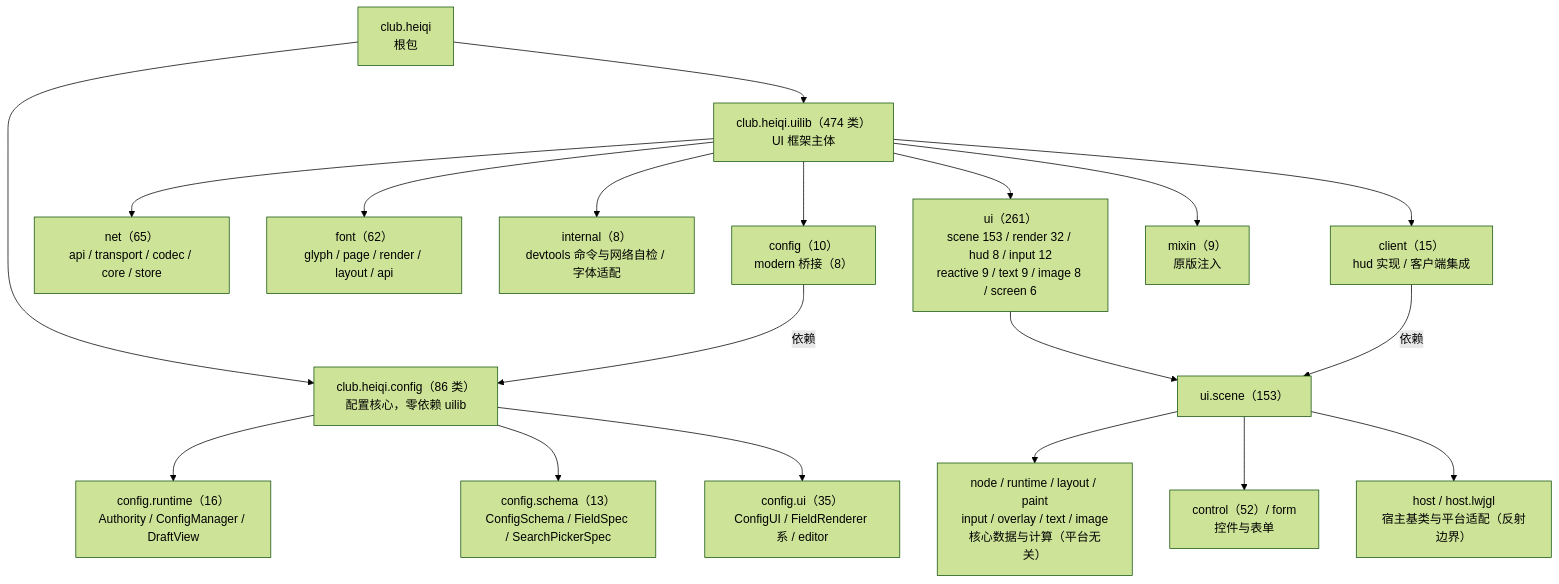
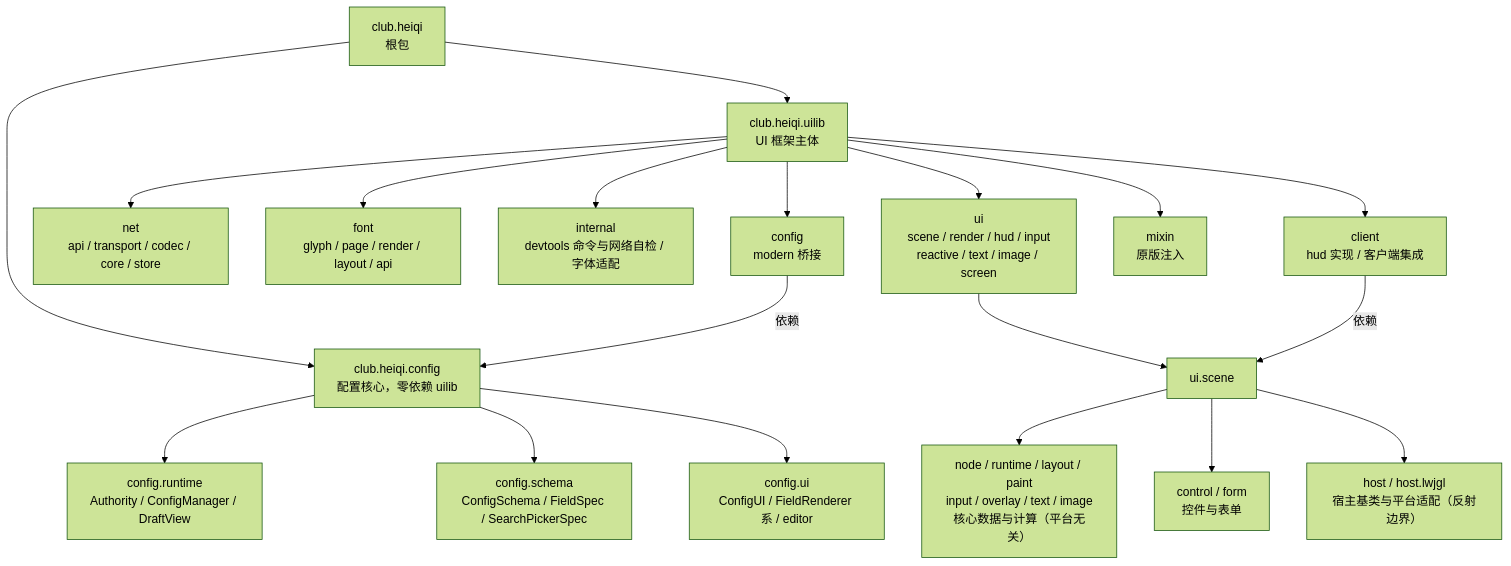
Before and after one commit to QuanhuZeYu/Qz-UILib: the diagram in docs/开发者文档/架构图/00-框架总览.md, drawn with Mermaid (forest theme). The commit also changed other lines of this file and 11 other files, not shown here.

````diff
--- a/docs/开发者文档/架构图/00-框架总览.md
+++ b/docs/开发者文档/架构图/00-框架总览.md
@@ -9,29 +10,29 @@
 ```mermaid
 flowchart TD
   ROOT["club.heiqi<br>根包"]
-  CFG["club.heiqi.config（86 类）<br>配置核心，零依赖 uilib"]
-  UI["club.heiqi.uilib（474 类）<br>UI 框架主体"]
+  CFG["club.heiqi.config<br>配置核心，零依赖 uilib"]
+  UI["club.heiqi.uilib<br>UI 框架主体"]
 
   ROOT --> CFG
   ROOT --> UI
 
-  CFG --> CFG_R["config.runtime（16）<br>Authority / ConfigManager / DraftView"]
-  CFG --> CFG_S["config.schema（13）<br>ConfigSchema / FieldSpec / SearchPickerSpec"]
-  CFG --> CFG_U["config.ui（35）<br>ConfigUI / FieldRenderer 系 / editor"]
+  CFG --> CFG_R["config.runtime<br>Authority / ConfigManager / DraftView"]
+  CFG --> CFG_S["config.schema<br>ConfigSchema / FieldSpec / SearchPickerSpec"]
+  CFG --> CFG_U["config.ui<br>ConfigUI / FieldRenderer 系 / editor"]
 
-  UI --> UISUB["ui（261）<br>scene 153 / render 32 / hud 8 / input 12<br>reactive 9 / text 9 / image 8 / screen 6"]
-  UI --> NET["net（65）<br>api / transport / codec / core / store"]
-  UI --> FONT["font（62）<br>glyph / page / render / layout / api"]
-  UI --> INTERNAL["internal（8）<br>devtools 命令与网络自检 / 字体适配"]
-  UI --> CLIENT["client（15）<br>hud 实现 / 客户端集成"]
-  UI --> CFGB["config（10）<br>modern 桥接（8）"]
-  UI --> MIXIN["mixin（9）<br>原版注入"]
+  UI --> UISUB["ui<br>scene / render / hud / input<br>reactive / text / image / screen"]
+  UI --> NET["net<br>api / transport / codec / core / store"]
+  UI --> FONT["font<br>glyph / page / render / layout / api"]
+  UI --> INTERNAL["internal<br>devtools 命令与网络自检 / 字体适配"]
+  UI --> CLIENT["client<br>hud 实现 / 客户端集成"]
+  UI --> CFGB["config<br>modern 桥接"]
+  UI --> MIXIN["mixin<br>原版注入"]
 
-  UISUB --> SCENE["ui.scene（153）"]
+  UISUB --> SCENE["ui.scene"]
   SCENE --> SCN_CORE["node / runtime / layout / paint<br>input / overlay / text / image<br>核心数据与计算（平台无关）"]
-  SCENE --> SCN_CTRL["control（52）/ form<br>控件与表单"]
+  SCENE --> SCN_CTRL["control / form<br>控件与表单"]
   SCENE --> SCN_HOST["host / host.lwjgl<br>宿主基类与平台适配（反射边界）"]
 
   CFGB -- 依赖 --> CFG
   CLIENT -- 依赖 --> SCENE
 ```
````
